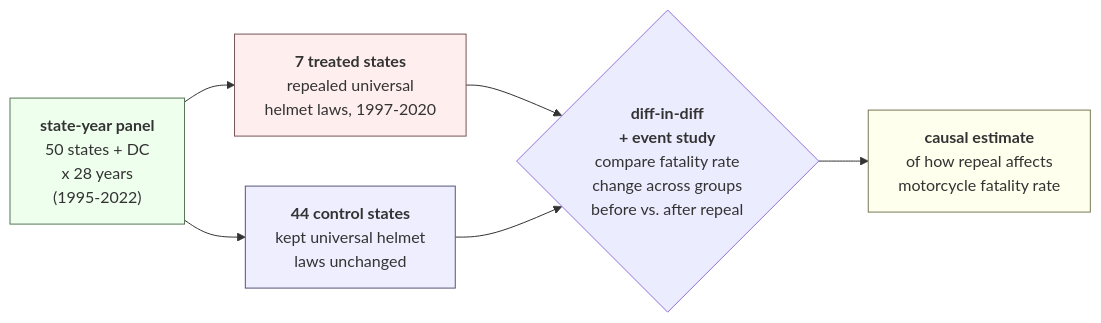
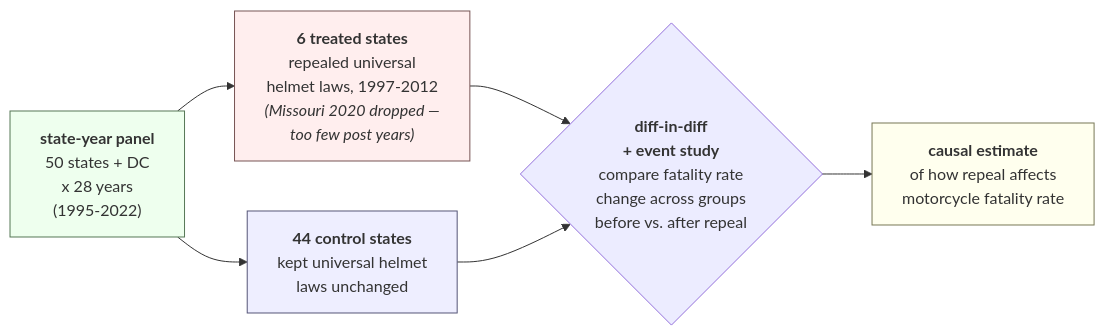
Before and after one commit to Vihaan8/causal_inference_motorcycle_laws: the second of 2 diagrams in README.md, drawn with Mermaid. The commit also changed other lines of this file and 2 other files, not shown here.

Commit message:
missouri dropped

````diff
--- a/README.md
+++ b/README.md
@@ -24,12 +24,12 @@
 ```mermaid
 flowchart LR
-    panel["<b>state-year panel</b><br/>50 states + DC<br/>x 28 years<br/>(1995-2022)"]:::p --> treat["<b>7 treated states</b><br/>repealed universal<br/>helmet laws, 1997-2020"]:::t
+    panel["<b>state-year panel</b><br/>50 states + DC<br/>x 28 years<br/>(1995-2022)"]:::p --> treat["<b>6 treated states</b><br/>repealed universal<br/>helmet laws, 1997-2012<br/><i>(Missouri 2020 dropped —<br/>too few post years)</i>"]:::t
     panel --> ctrl["<b>44 control states</b><br/>kept universal helmet<br/>laws unchanged"]:::c
     treat --> did{"<b>diff-in-diff<br/>+ event study</b><br/>compare fatality rate<br/>change across groups<br/>before vs. after repeal"}
     ctrl --> did
     did --> effect["<b>causal estimate</b><br/>of how repeal affects<br/>motorcycle fatality rate"]:::e
     classDef p fill:#efe,stroke:#575
     classDef t fill:#fee,stroke:#755
     classDef c fill:#eef,stroke:#557
     classDef e fill:#ffe,stroke:#775
 ```
````
